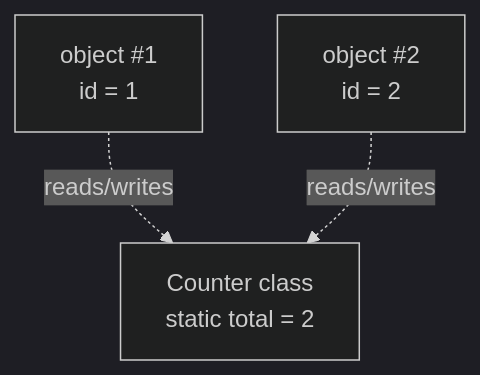
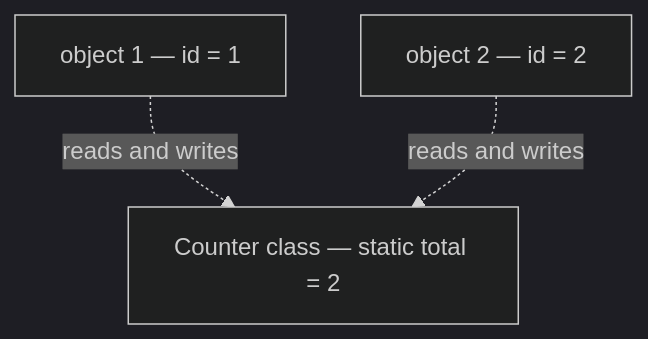
One commit to mohammad-mriesh-job/cortex changed the second of 2 diagrams in src/modules/oop/content/04-advanced/03-static-vs-instance.md. Above: the diagram before and after it, drawn with Mermaid (dark theme). The commit also changed other lines of this file and 257 other files, not shown here.

````diff
--- a/src/modules/oop/content/04-advanced/03-static-vs-instance.md
+++ b/src/modules/oop/content/04-advanced/03-static-vs-instance.md
@@ -28,6 +28,6 @@
 ```mermaid
 flowchart TD
-  cls["Counter class<br/>static total = 2"] 
-  a["object #1<br/>id = 1"] -.reads/writes.-> cls
-  b["object #2<br/>id = 2"] -.reads/writes.-> cls
+  cls["Counter class — static total = 2"]
+  a["object 1 — id = 1"] -.reads and writes.-> cls
+  b["object 2 — id = 2"] -.reads and writes.-> cls
 ```
````
